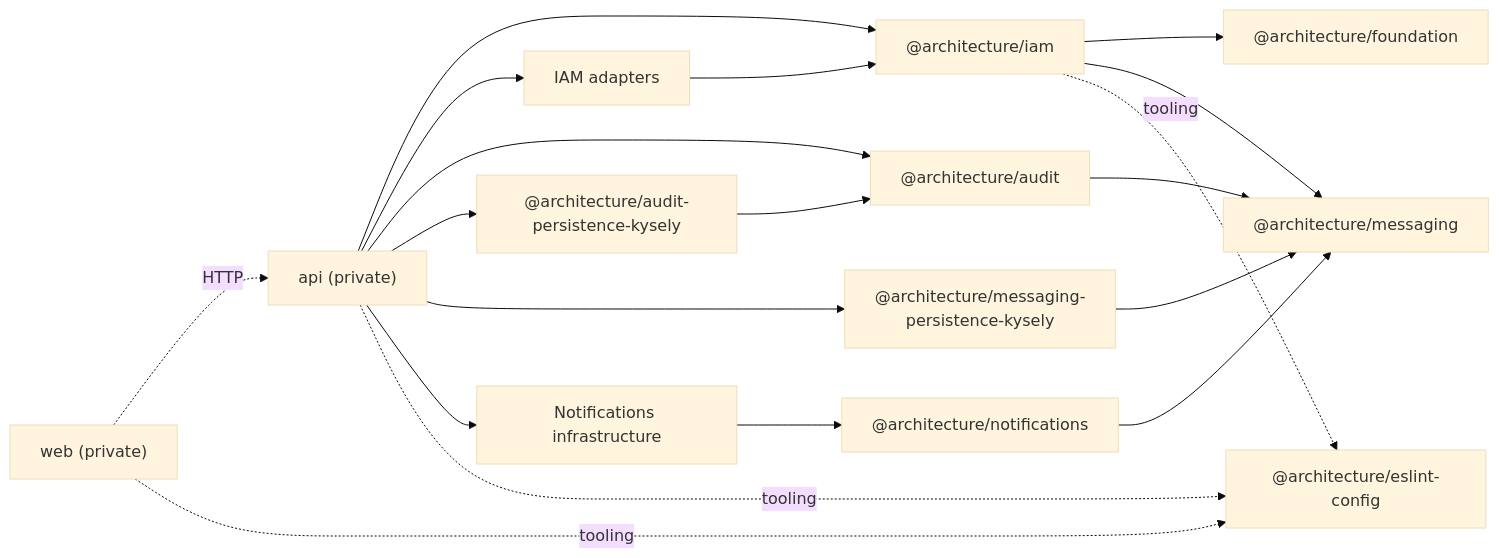
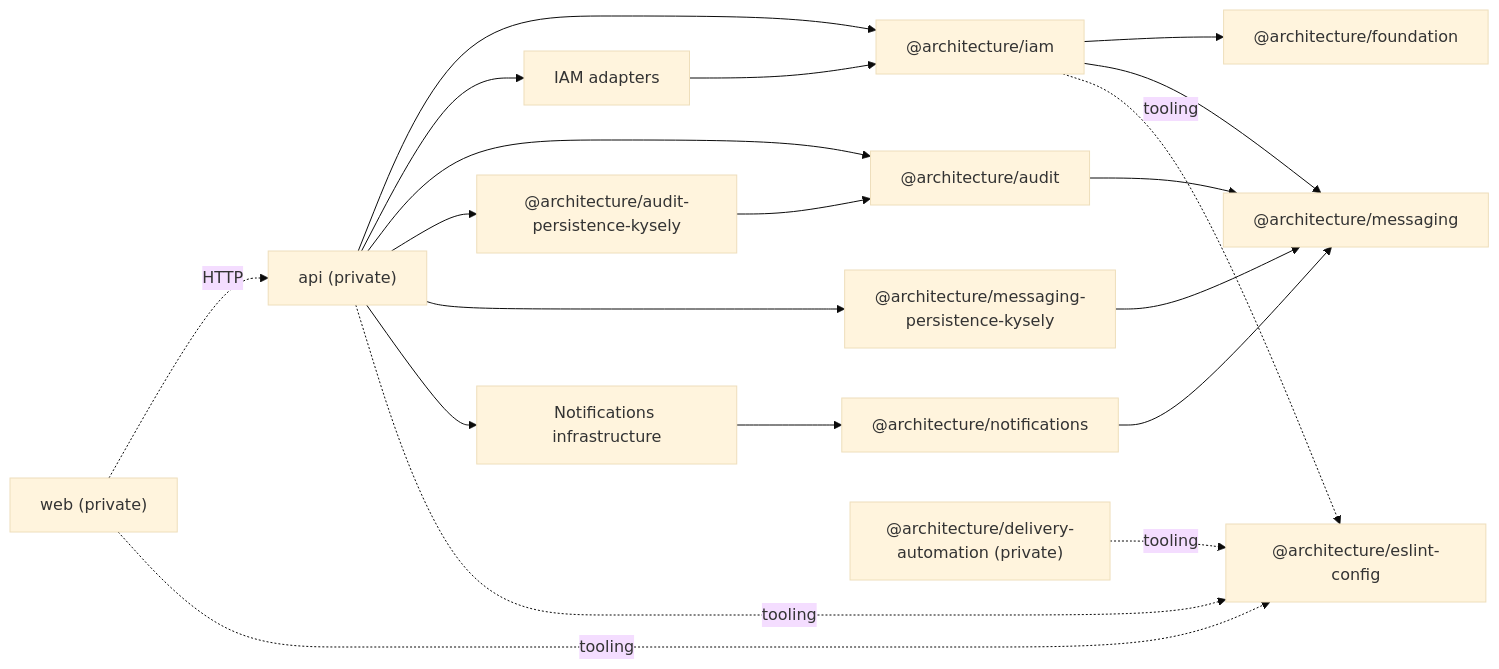
The diagram in docs/architecture/packages.md (Oxelio/architecture-web), drawn with Mermaid (base theme) before and after one commit. The commit also changed other lines of this file and 477 other files, not shown here.

````diff
--- a/docs/architecture/packages.md
+++ b/docs/architecture/packages.md
@@ -5,34 +5,36 @@
 ```mermaid
 flowchart LR
     foundation["@architecture/foundation"]
     iam["@architecture/iam"]
     messaging["@architecture/messaging"]
     messagingKysely["@architecture/messaging-persistence-kysely"]
     audit["@architecture/audit"]
     auditKysely["@architecture/audit-persistence-kysely"]
     notifications["@architecture/notifications"]
     notificationsInfra["Notifications infrastructure"]
     adapters["IAM adapters"]
+    delivery["@architecture/delivery-automation (private)"]
     api["api (private)"]
     web["web (private)"]
     lint["@architecture/eslint-config"]
 
     iam --> foundation
     iam --> messaging
     audit --> messaging
     auditKysely --> audit
     notifications --> messaging
     messagingKysely --> messaging
     notificationsInfra --> notifications
     adapters --> iam
     api --> iam
     api --> adapters
     api --> audit
     api --> auditKysely
     api --> messagingKysely
     api --> notificationsInfra
     web -. HTTP .-> api
     api -. tooling .-> lint
     web -. tooling .-> lint
     iam -. tooling .-> lint
+    delivery -. tooling .-> lint
 ```
````
